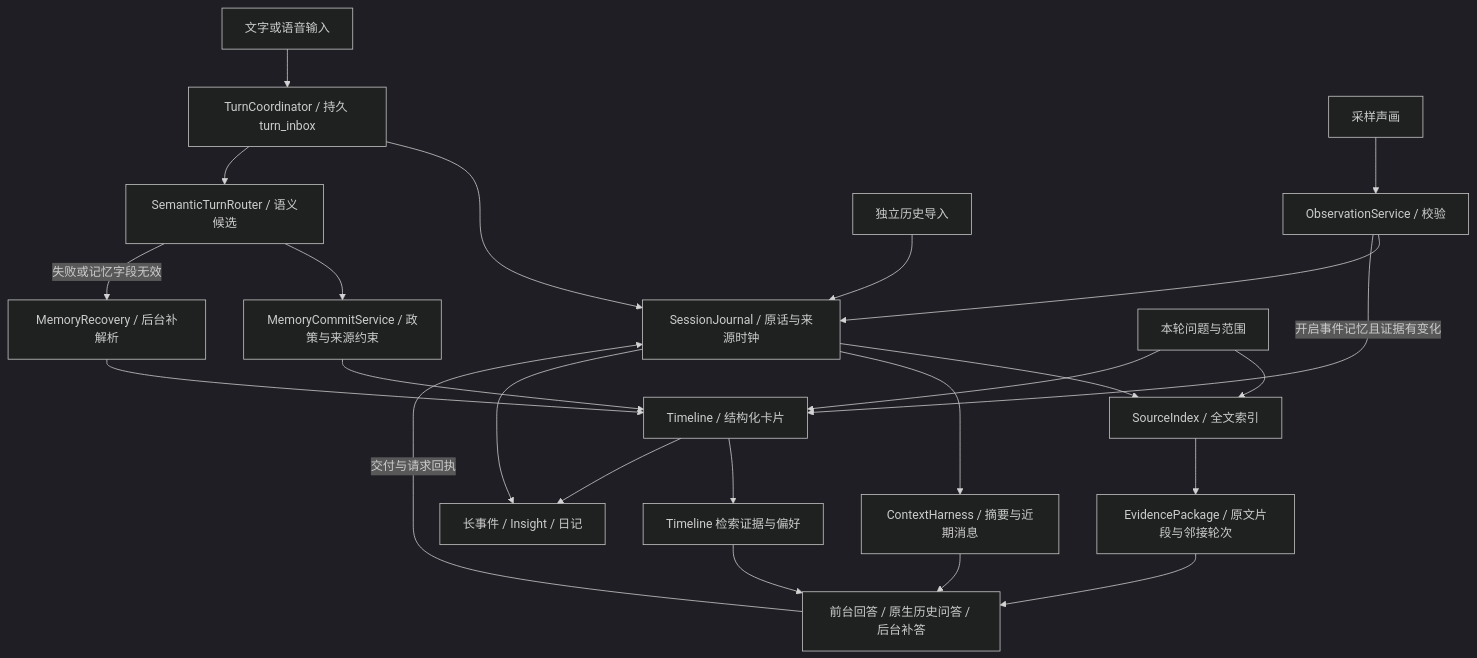
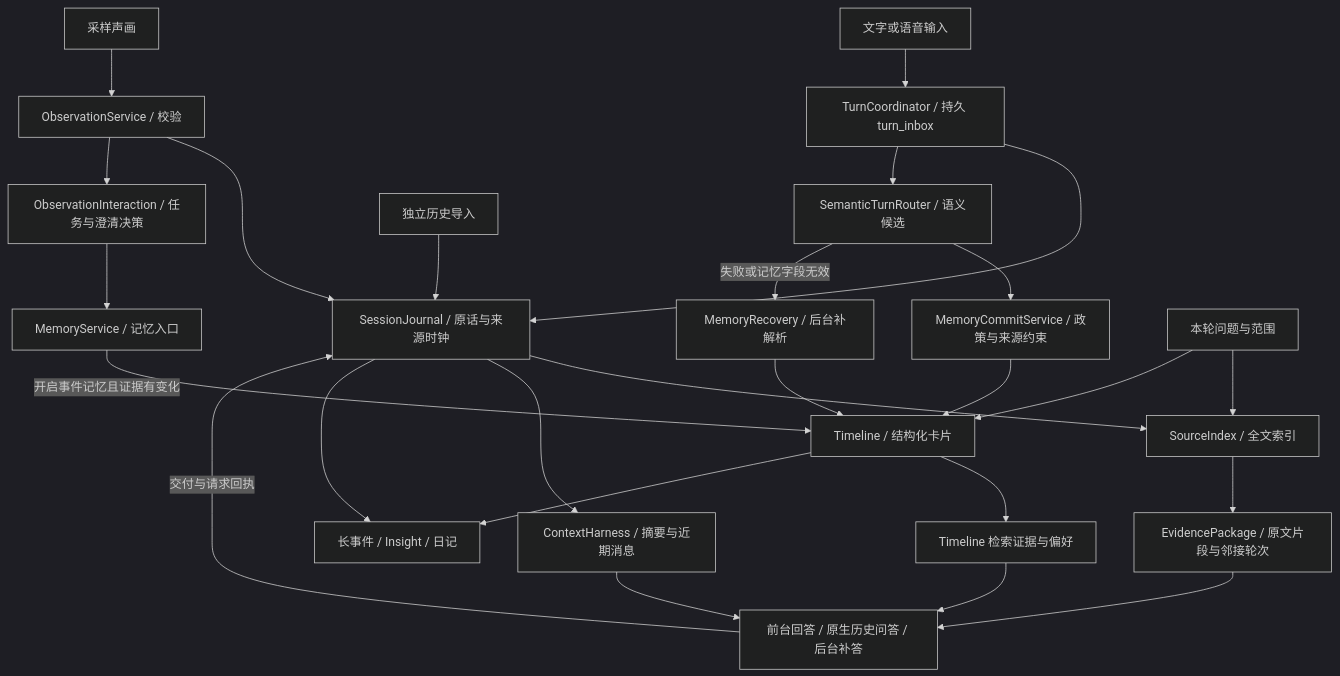
One commit to bhc6/EgoAssist changed the diagram in MEMORY_ARCHITECTURE.md. Above: the diagram before and after it, drawn with Mermaid (dark theme). The commit also changed other lines of this file and 47 other files, not shown here.

````diff
--- a/MEMORY_ARCHITECTURE.md
+++ b/MEMORY_ARCHITECTURE.md
@@ -22,26 +22,28 @@
 ```mermaid
 flowchart TD
     U[文字或语音输入] --> T[TurnCoordinator / 持久 turn_inbox]
     T --> J[SessionJournal / 原话与来源时钟]
     T --> R[SemanticTurnRouter / 语义候选]
     R --> C[MemoryCommitService / 政策与来源约束]
     C --> M[Timeline / 结构化卡片]
     R -->|失败或记忆字段无效| REC[MemoryRecovery / 后台补解析]
     REC --> M
     O[采样声画] --> V[ObservationService / 校验]
     V --> J
-    V -->|开启事件记忆且证据有变化| M
+    V --> OI[ObservationInteraction / 任务与澄清决策]
+    OI --> MS[MemoryService / 记忆入口]
+    MS -->|开启事件记忆且证据有变化| M
     H[独立历史导入] --> J
     J --> S[SourceIndex / 全文索引]
     Q[本轮问题与范围] --> S
     Q --> M
     S --> P[EvidencePackage / 原文片段与邻接轮次]
     M --> I[Timeline 检索证据与偏好]
     J --> X[ContextHarness / 摘要与近期消息]
     P --> A[前台回答 / 原生历史问答 / 后台补答]
     I --> A
     X --> A
     J --> L[长事件 / Insight / 日记]
     M --> L
     A -->|交付与请求回执| J
 ```
````
